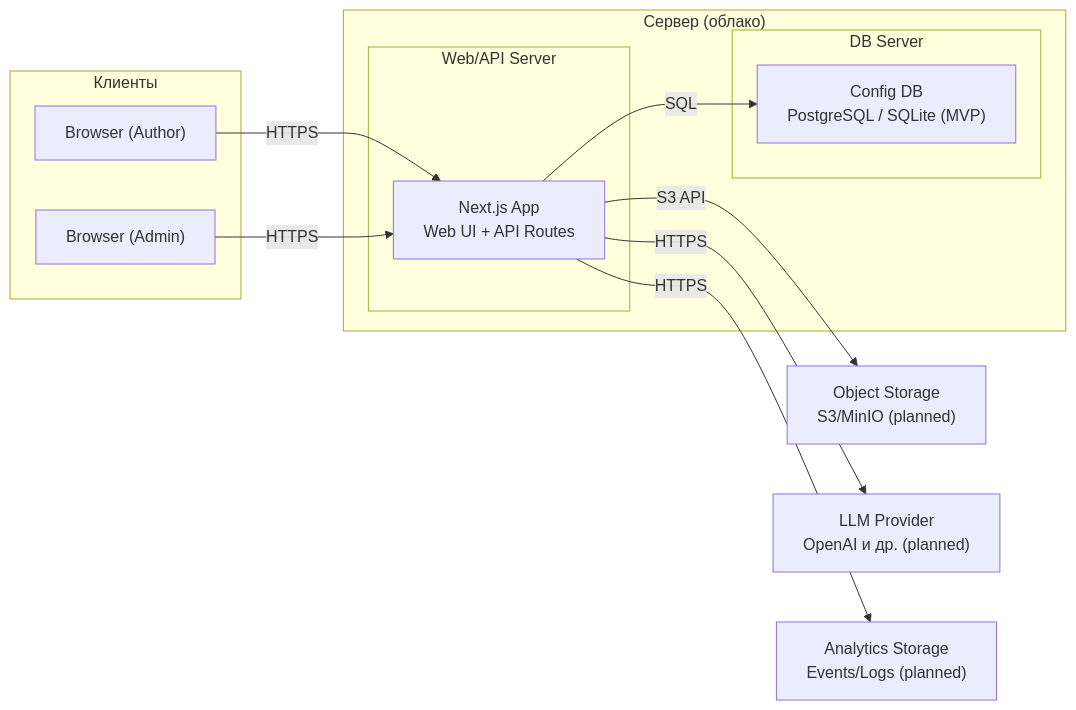
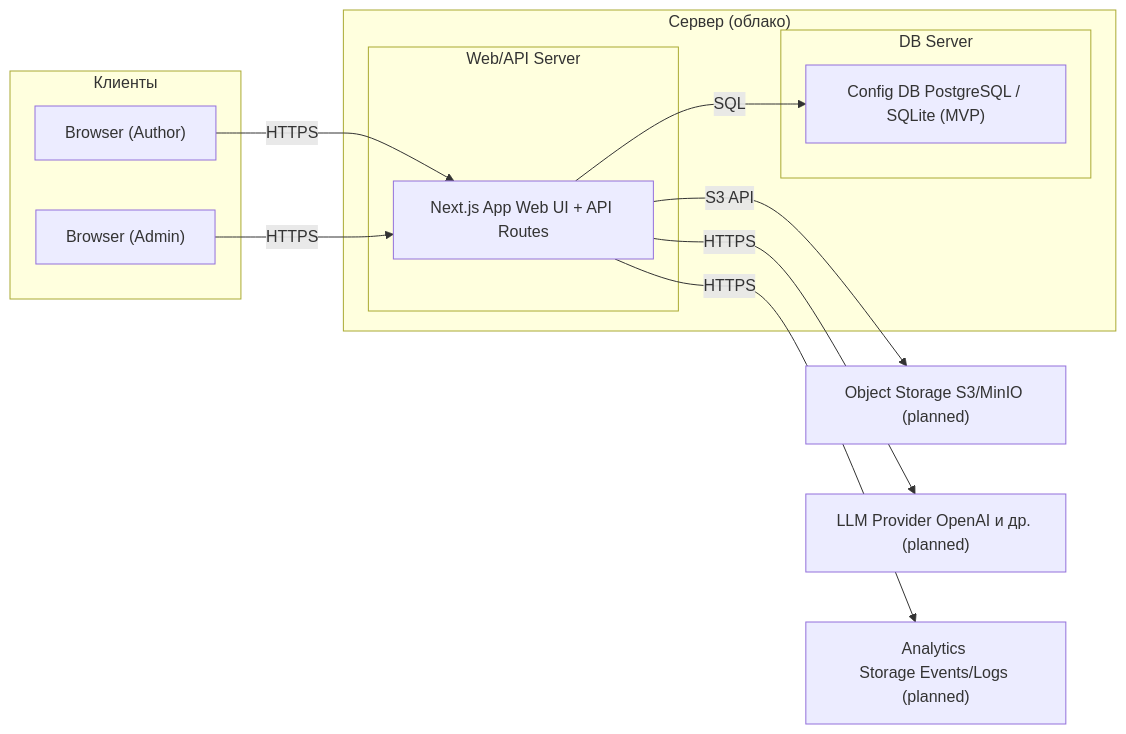
One commit to DzhibilovaDana/prompt_builder_PVP changed the diagram in diagrams/deployment.mmd. Above: the diagram before and after it, drawn with Mermaid.

Commit message:
Fix formatting issues in deployment diagram

```diff
--- a/diagrams/deployment.mmd
+++ b/diagrams/deployment.mmd
@@ -1,27 +1,27 @@
 graph LR;
 
 subgraph Clients["Клиенты"];
   A["Browser (Author)"];
   B["Browser (Admin)"];
 end;
 
 subgraph Cloud["Сервер (облако)"];
   subgraph App["Web/API Server"];
-    N["Next.js App\nWeb UI + API Routes"];
+    N["Next.js App Web UI + API Routes"];
   end;
 
   subgraph DB["DB Server"];
-    P["Config DB\nPostgreSQL / SQLite (MVP)"];
+    P["Config DB PostgreSQL / SQLite (MVP)"];
   end;
 end;
 
-S["Object Storage\nS3/MinIO (planned)"];
-L["LLM Provider\nOpenAI и др. (planned)"];
-E["Analytics Storage\nEvents/Logs (planned)"];
+S["Object Storage S3/MinIO (planned)"];
+L["LLM Provider OpenAI и др. (planned)"];
+E["Analytics Storage Events/Logs (planned)"];
 
 A -->|HTTPS| N;
 B -->|HTTPS| N;
 N -->|SQL| P;
 N -->|S3 API| S;
 N -->|HTTPS| L;
 N -->|HTTPS| E;
```
